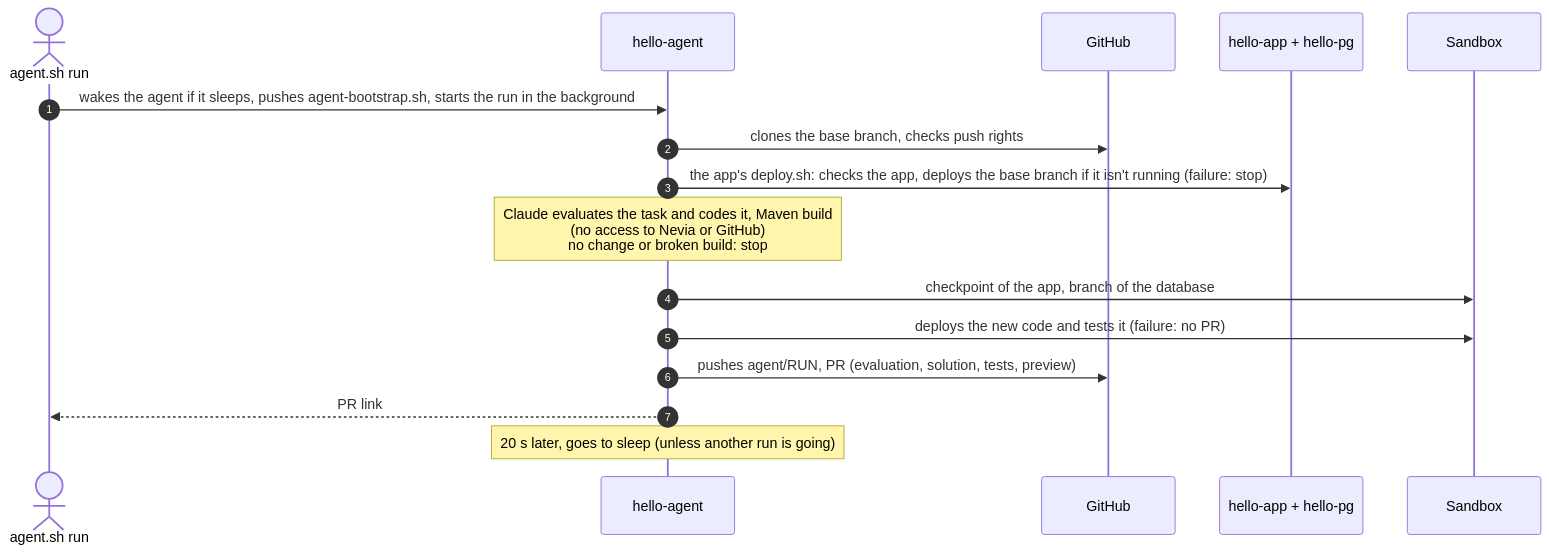
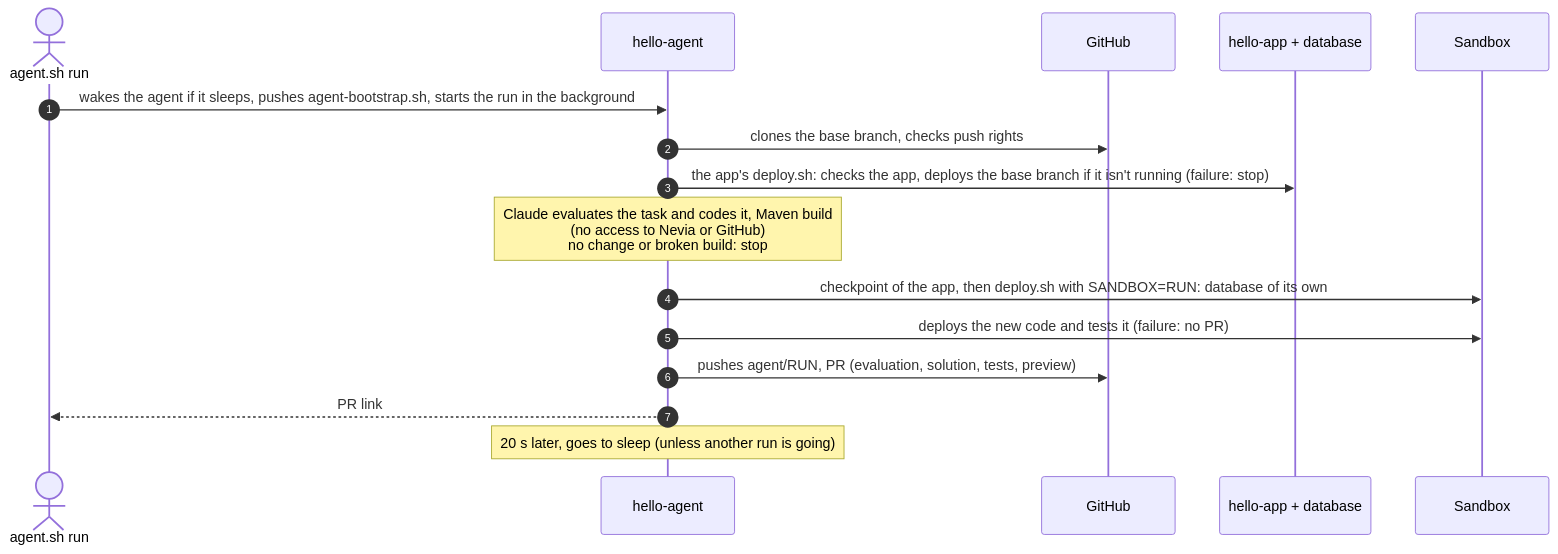
One commit to bertrandcedric/nevia-agent changed the second of 2 diagrams in README.md. Above: the diagram before and after it, drawn with Mermaid. The commit also changed other lines of this file and 2 other files, not shown here.

````diff
--- a/README.md
+++ b/README.md
@@ -34,19 +34,19 @@
 ```mermaid
 sequenceDiagram
     autonumber
     actor dev as agent.sh run
     participant agent as hello-agent
     participant gh as GitHub
-    participant base as hello-app + hello-pg
+    participant base as hello-app + database
     participant sb as Sandbox
 
     dev->>agent: wakes the agent if it sleeps, pushes agent-bootstrap.sh, starts the run in the background
     agent->>gh: clones the base branch, checks push rights
     agent->>base: the app's deploy.sh: checks the app, deploys the base branch if it isn't running (failure: stop)
     Note over agent: Claude evaluates the task and codes it, Maven build<br/>(no access to Nevia or GitHub)<br/>no change or broken build: stop
-    agent->>sb: checkpoint of the app, branch of the database
+    agent->>sb: checkpoint of the app, then deploy.sh with SANDBOX=RUN: database of its own
     agent->>sb: deploys the new code and tests it (failure: no PR)
     agent->>gh: pushes agent/RUN, PR (evaluation, solution, tests, preview)
     agent-->>dev: PR link
     Note over agent: 20 s later, goes to sleep (unless another run is going)
 ```
````
